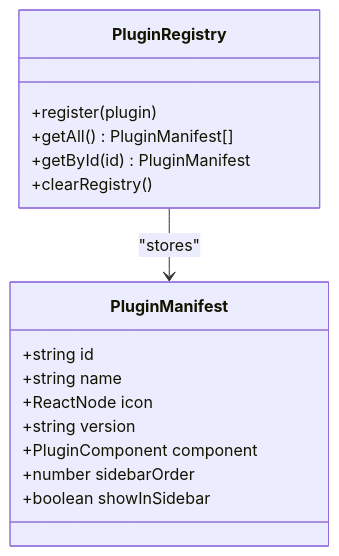
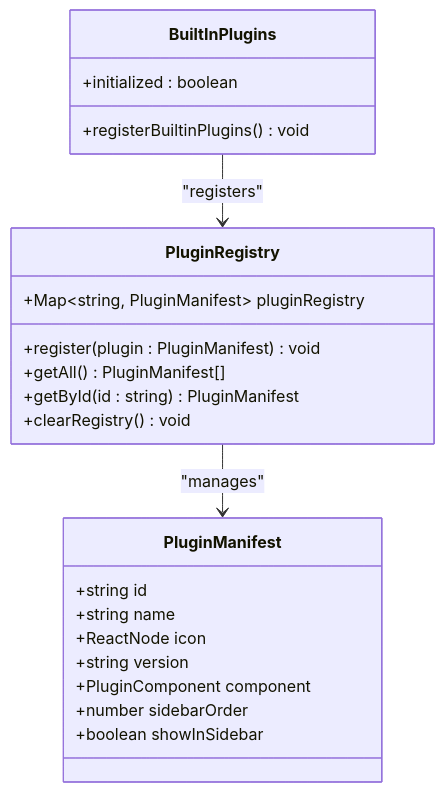
One commit to DumKing/DevNexus changed the second of 7 diagrams in .qoder/repowiki/en/content/Project Overview.md. Above: the diagram before and after it, drawn with Mermaid. The commit also changed other lines of this file and 96 other files, not shown here.

````diff
--- a/.qoder/repowiki/en/content/Project Overview.md
+++ b/.qoder/repowiki/en/content/Project Overview.md
@@ -240,19 +116,25 @@
 ```mermaid
 classDiagram
 class PluginManifest {
 +string id
 +string name
 +ReactNode icon
 +string version
 +PluginComponent component
 +number sidebarOrder
 +boolean showInSidebar
 }
 class PluginRegistry {
-+register(plugin)
++Map~string, PluginManifest~ pluginRegistry
++register(plugin : PluginManifest) void
 +getAll() PluginManifest[]
-+getById(id) PluginManifest
-+clearRegistry()
++getById(id : string) PluginManifest
++clearRegistry() void
 }
-PluginRegistry --> PluginManifest : "stores"
+class BuiltInPlugins {
++registerBuiltinPlugins() void
++initialized : boolean
+}
+PluginRegistry --> PluginManifest : "manages"
+BuiltInPlugins --> PluginRegistry : "registers"
 ```
````
